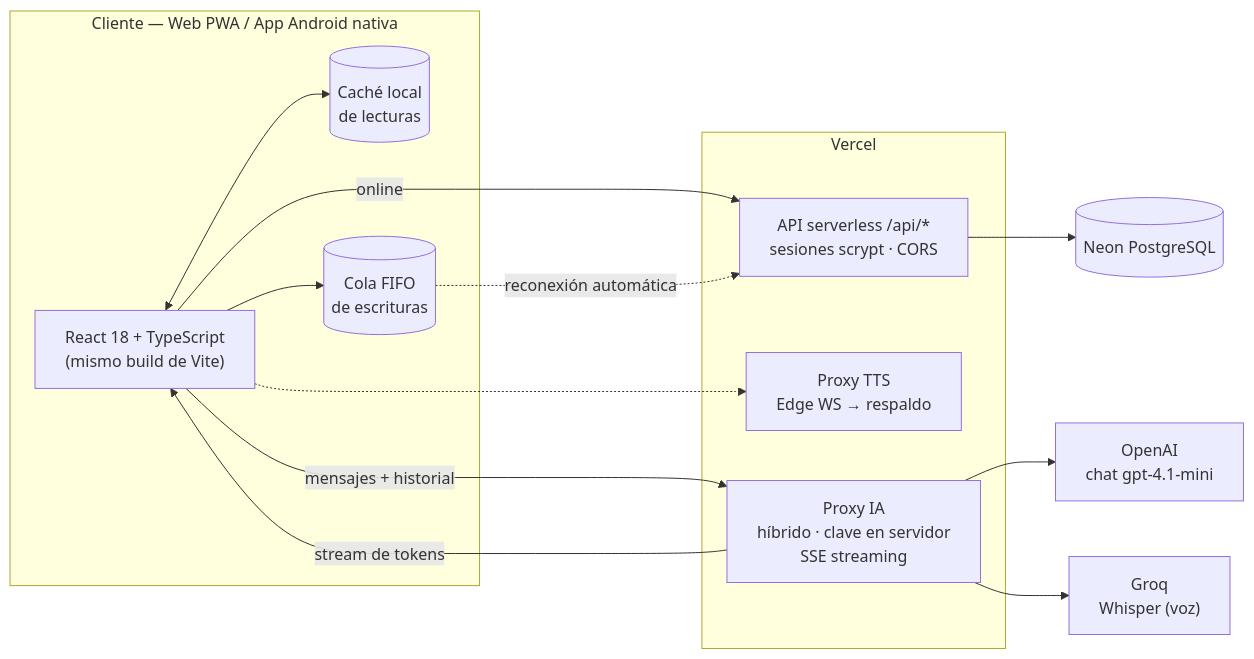
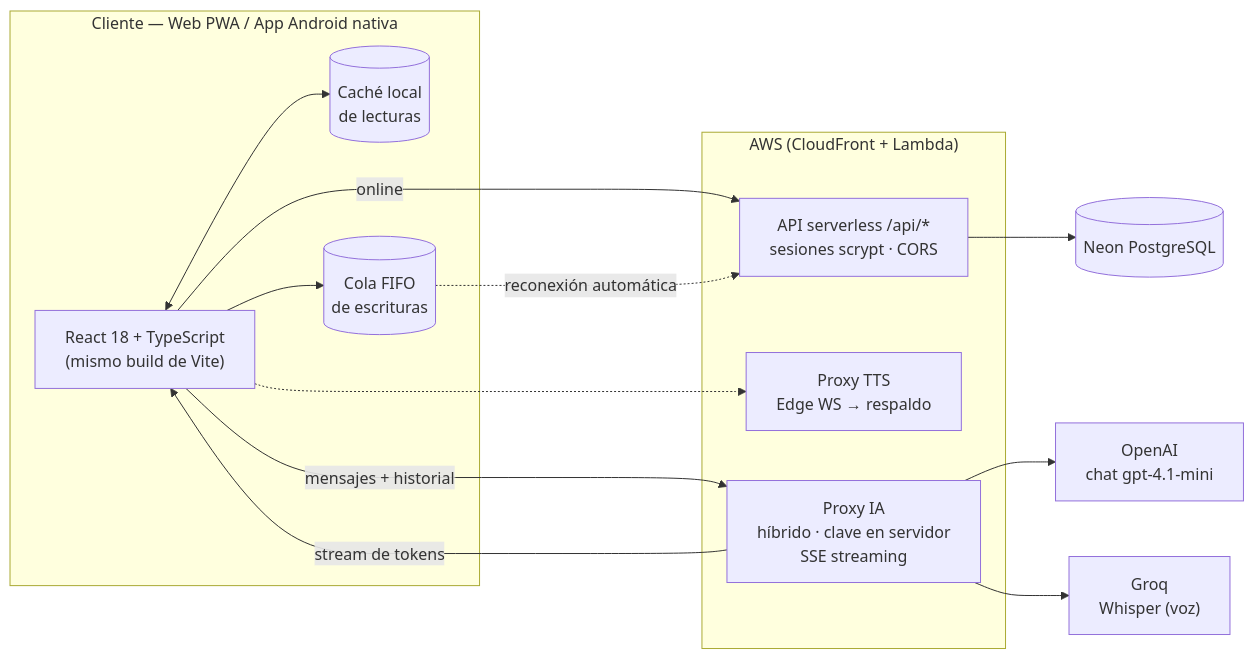
Before and after one commit to Imandro/AliviaApp: the first of 2 diagrams in README.md, drawn with Mermaid. The commit also changed other lines of this file and 16 other files, not shown here.

````diff
--- a/README.md
+++ b/README.md
@@ -84,29 +84,29 @@
 ```mermaid
 flowchart LR
     subgraph Cliente["Cliente — Web PWA / App Android nativa"]
         UI["React 18 + TypeScript<br/>(mismo build de Vite)"]
         CACHE[("Caché local<br/>de lecturas")]
         OUTBOX[("Cola FIFO<br/>de escrituras")]
         UI <--> CACHE
         UI --> OUTBOX
     end
 
-    subgraph Nube["Vercel"]
+    subgraph Nube["AWS (CloudFront + Lambda)"]
         API["API serverless /api/*<br/>sesiones scrypt · CORS"]
         TTS["Proxy TTS<br/>Edge WS → respaldo"]
         AI["Proxy IA<br/>híbrido · clave en servidor<br/>SSE streaming"]
     end
 
     DB[("Neon PostgreSQL")]
     OAI["OpenAI<br/>chat gpt-4.1-mini"]
     GROQ["Groq<br/>Whisper (voz)"]
 
     UI -- "online" --> API
     OUTBOX -.->|"reconexión automática"| API
     UI -.-> TTS
     UI -- "mensajes + historial" --> AI
     AI -- "stream de tokens" --> UI
     AI --> OAI
     AI --> GROQ
     API --> DB
 ```
````
